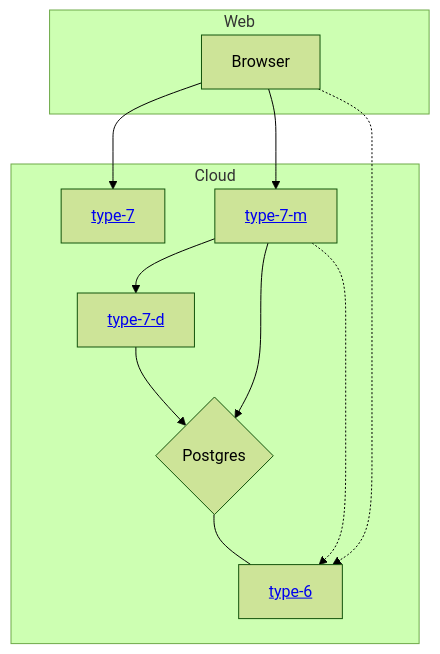
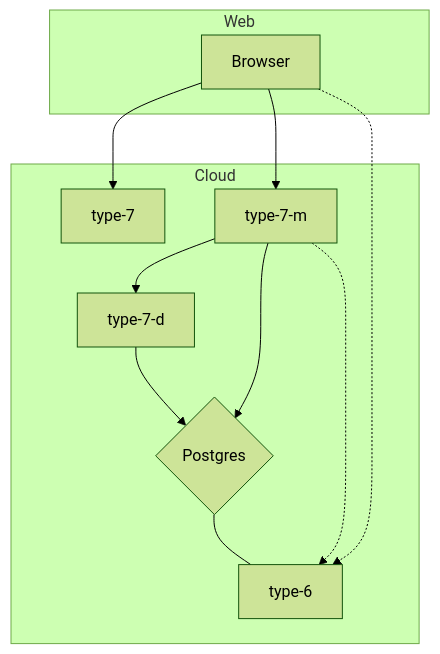
One commit to timattt/TypeSixCloud changed the diagram in Readme.md. Above: the diagram before and after it, drawn with Mermaid (forest theme).

````diff
--- a/Readme.md
+++ b/Readme.md
@@ -12,18 +12,18 @@
 ```mermaid
 graph TD;
  subgraph "Cloud"
-    type-7[<a href='https://github.com/timattt/TypeSeven'>type-7</a>];
-    di{Postgres} --- type-6[<a href='https://github.com/timattt/TypeSix'>type-6</a>];
-    type-7-d[<a href='https://github.com/timattt/TypeSevenD'>type-7-d</a>] --> di{Postgres};
-    type-7-m[<a href='https://github.com/timattt/TypeSevenM'>type-7-m</a>] --> di{Postgres};
-    type-7-m[<a href='https://github.com/timattt/TypeSevenM'>type-7-m</a>] -.-> type-6[<a href='https://github.com/timattt/TypeSix'>type-6</a>];
-    type-7-m[<a href='https://github.com/timattt/TypeSevenM'>type-7-m</a>] --> type-7-d[<a href='https://github.com/timattt/TypeSevenD'>type-7-d</a>];
+    type-7;
+    di{Postgres} --- type-6;
+    type-7-d --> di{Postgres};
+    type-7-m --> di{Postgres};
+    type-7-m -.-> type-6;
+    type-7-m --> type-7-d;
 
  end
  subgraph "Web"
-   Browser --> type-7[<a href='https://github.com/timattt/TypeSeven'>type-7</a>];
-   Browser -.-> type-6[<a href='https://github.com/timattt/TypeSix'>type-6</a>];
-   Browser --> type-7-m[<a href='https://github.com/timattt/TypeSevenM'>type-7-m</a>];
+   Browser --> type-7;
+   Browser -.-> type-6;
+   Browser --> type-7-m;
 
  end
 ```
````
